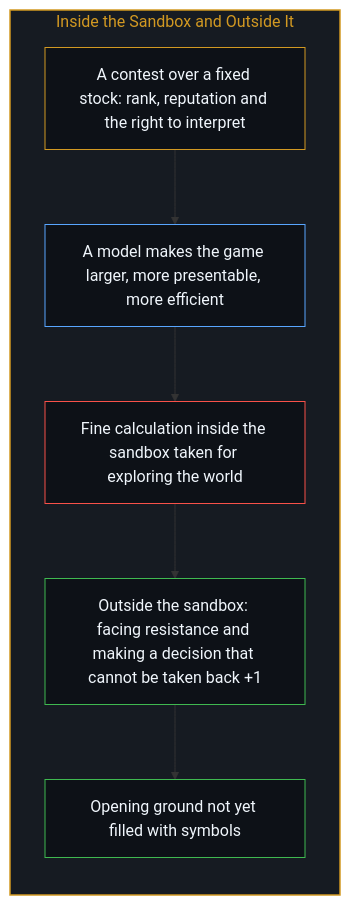
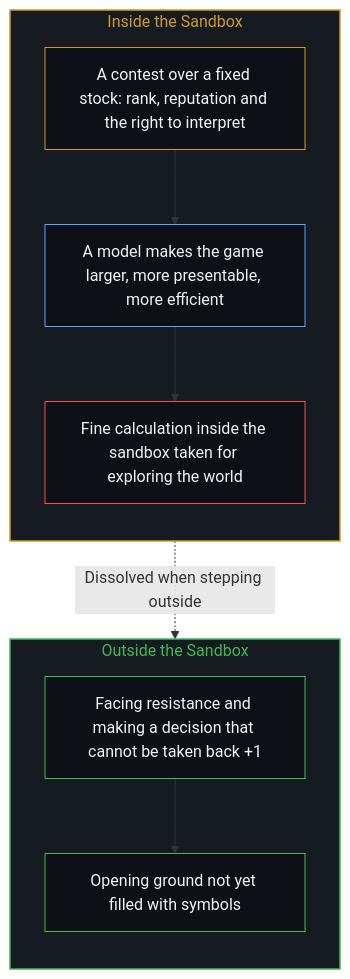
Before and after one commit to powerpig99/not-a-toe: the eighth of 10 diagrams in content/posts/the-sovereign-blinding.md, drawn with Mermaid. The commit also changed other lines of this file and 5 other files, not shown here.

````diff
--- a/content/posts/the-sovereign-blinding.md
+++ b/content/posts/the-sovereign-blinding.md
@@ -219,21 +223,25 @@
 ```mermaid
 flowchart TD
-    subgraph S_Sandbox["Inside the Sandbox and Outside It"]
+    subgraph S_Inside["Inside the Sandbox"]
         direction TB
         Game["A contest over a fixed stock: rank, reputation and the right to interpret"]
         Engine["A model makes the game larger, more presentable, more efficient"]
         Mistake["Fine calculation inside the sandbox taken for exploring the world"]
-        Step["Outside the sandbox: facing resistance and making a decision that cannot be taken back +1"]
-        New["Opening ground not yet filled with symbols"]
         Game --> Engine
         Engine --> Mistake
-        Mistake --> Step
+    end
+    subgraph S_Outside["Outside the Sandbox"]
+        direction TB
+        Step["Facing resistance and making a decision that cannot be taken back +1"]
+        New["Opening ground not yet filled with symbols"]
         Step --> New
     end
-    style S_Sandbox fill:#161b22,stroke:#d29922,stroke-width:1.5px,color:#d29922
+    Mistake -.->|"Dissolved when stepping outside"| Step
+    style S_Inside fill:#161b22,stroke:#d29922,stroke-width:1.5px,color:#d29922
+    style S_Outside fill:#161b22,stroke:#3fb950,stroke-width:1.5px,color:#3fb950
     style Game fill:#0d1117,stroke:#d29922,stroke-width:1px,color:#f0f6fc
     style Engine fill:#0d1117,stroke:#58a6ff,stroke-width:1px,color:#f0f6fc
     style Mistake fill:#0d1117,stroke:#f85149,stroke-width:1px,color:#f0f6fc
     style Step fill:#0d1117,stroke:#3fb950,stroke-width:1px,color:#f0f6fc
     style New fill:#0d1117,stroke:#3fb950,stroke-width:1px,color:#f0f6fc
 ```
````
